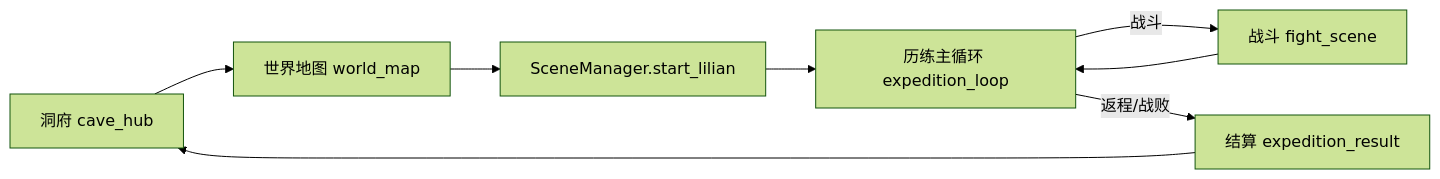
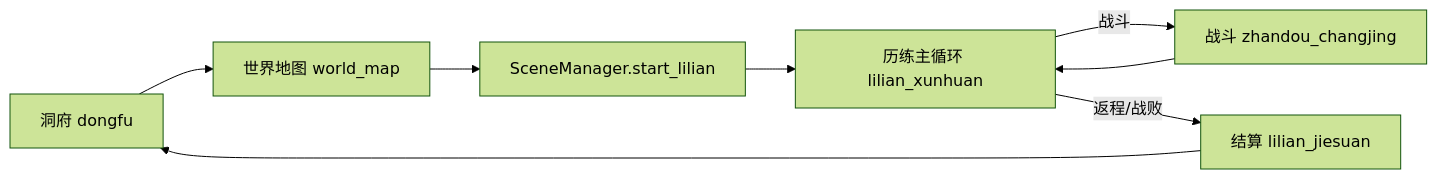
The diagram in docs/lilian-system.md (consai/xiuxian-lilian), drawn with Mermaid (forest theme) before and after one commit. The commit also changed other lines of this file and 25 other files, not shown here.

````diff
--- a/docs/lilian-system.md
+++ b/docs/lilian-system.md
@@ -13,10 +13,10 @@
 ```mermaid
 flowchart LR
-  Hub[洞府 cave_hub] --> Map[世界地图 world_map]
+  Hub[洞府 dongfu] --> Map[世界地图 world_map]
   Map --> Start[SceneManager.start_lilian]
-  Start --> Loop[历练主循环 expedition_loop]
-  Loop -->|战斗| Fight[战斗 fight_scene]
+  Start --> Loop[历练主循环 lilian_xunhuan]
+  Loop -->|战斗| Fight[战斗 zhandou_changjing]
   Fight --> Loop
-  Loop -->|返程/战败| Result[结算 expedition_result]
+  Loop -->|返程/战败| Result[结算 lilian_jiesuan]
   Result --> Hub
 ```
````
